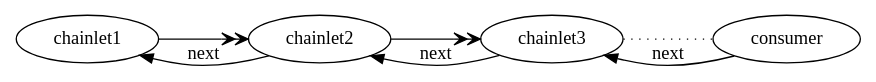
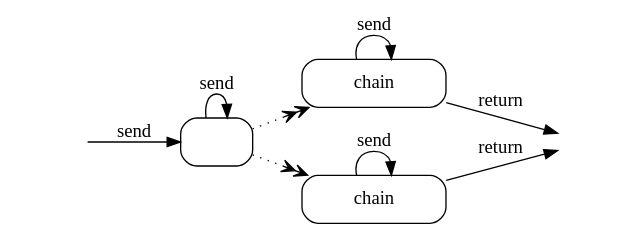
Before and after one commit to maxfischer2781/chainlet: the diagram in docs/graph.gv, drawn with Graphviz. The commit also changed 2 other files, not shown here.

```diff
--- a/docs/graph.gv
+++ b/docs/graph.gv
@@ -1,6 +1,16 @@
     digraph g {
         graph [rankdir=LR]
-        chainlet1 -> chainlet2 -> chainlet3 [arrowhead=veevee]
-        chainlet3 -> consumer [arrowhead=none,style=dotted]
-        consumer -> chainlet3 -> chainlet2 -> chainlet1 [label=next,constraint=false]
+        compound=true;
+        a1 [shape=box, style=rounded, label=""];
+        a1 -> a1 [label=send];
+        chain_a [shape=box, style=rounded, label=chain, width=1.5];
+        chain_a -> chain_a [label=send];
+        chain_b [shape=box, style=rounded, label=chain, width=1.5];
+        chain_b -> chain_b [label=send];
+        in, out [style=invis]
+        in -> a1 [label=send]
+        a1 -> chain_a [style=dotted, arrowhead="veevee", lhead=cluster_c]
+        a1 -> chain_b [style=dotted, arrowhead="veevee", lhead=cluster_b]
+        chain_a -> out [label=return, ltail=cluster_b]
+        chain_b -> out [label=return, ltail=cluster_c]
     }
```
